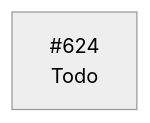
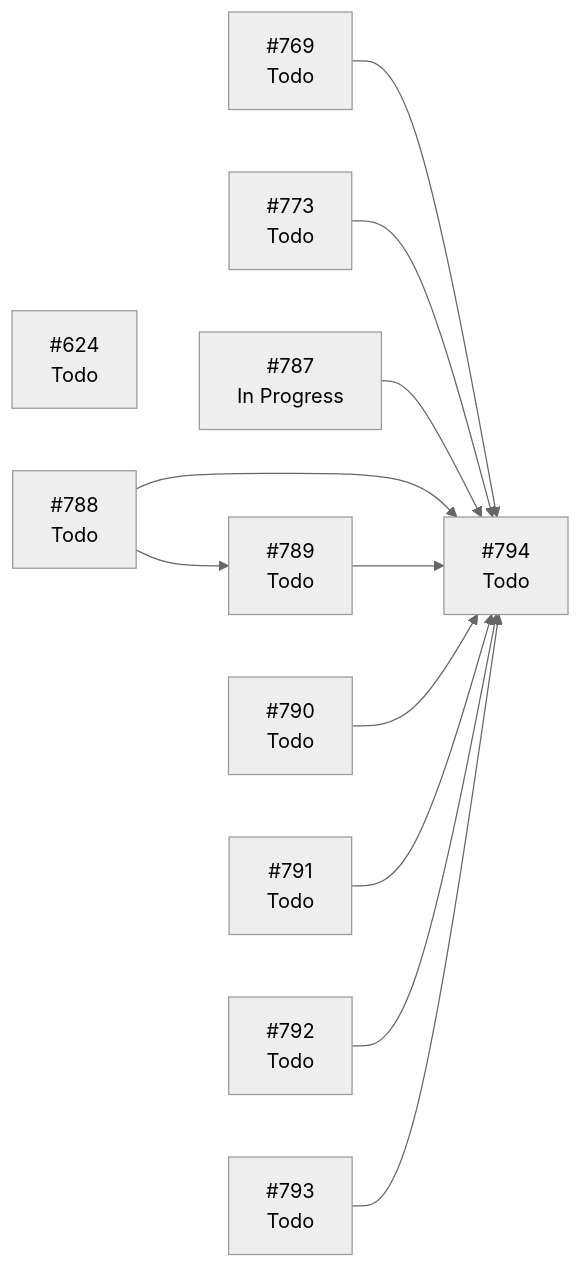
The diagram in docs/planning/STATUS.md (ecamp0s/evault), drawn with Mermaid (neutral theme) before and after one commit. The commit also changed other lines of this file and 1 other file, not shown here.

````diff
--- a/docs/planning/STATUS.md
+++ b/docs/planning/STATUS.md
@@ -78,5 +95,25 @@
 ```mermaid
 graph LR
   I624["#624<br/>Todo"]
+  I769["#769<br/>Todo"]
+  I773["#773<br/>Todo"]
+  I787["#787<br/>In Progress"]
+  I788["#788<br/>Todo"]
+  I789["#789<br/>Todo"]
+  I790["#790<br/>Todo"]
+  I791["#791<br/>Todo"]
+  I792["#792<br/>Todo"]
+  I793["#793<br/>Todo"]
+  I794["#794<br/>Todo"]
+  I769 --> I794
+  I773 --> I794
+  I787 --> I794
+  I788 --> I789
+  I788 --> I794
+  I789 --> I794
+  I790 --> I794
+  I791 --> I794
+  I792 --> I794
+  I793 --> I794
   classDef hecho fill:#1a7f37,stroke:#1a7f37,color:#fff;
 ```
````
